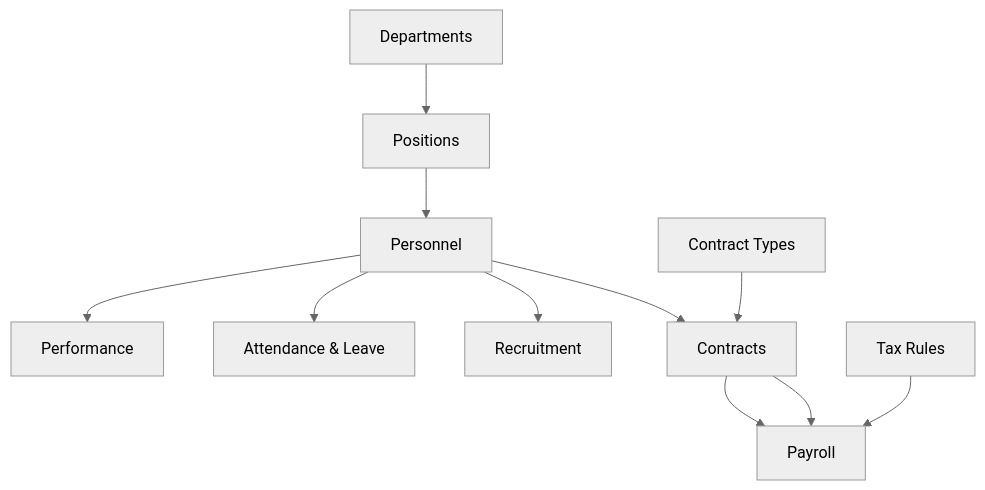
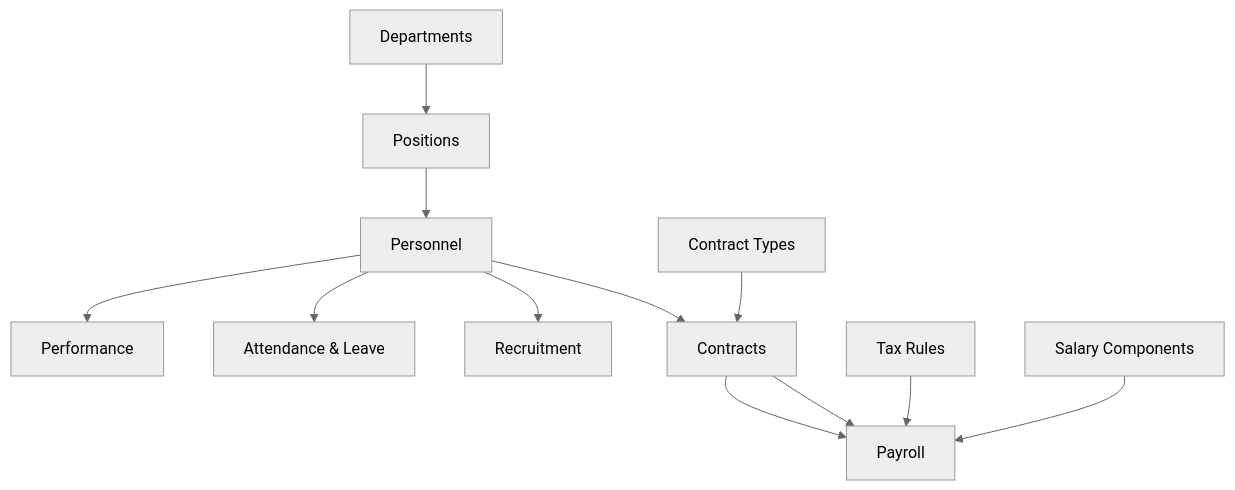
The fourth of 4 diagrams in .qoder/repowiki/en/content/Database Schema Design/Human Resources Schema/Human Resources Schema.md (franckylab/eLISAschool), drawn with Mermaid (neutral theme) before and after one commit. The commit also changed other lines of this file and 102 other files, not shown here.

````diff
--- a/.qoder/repowiki/en/content/Database Schema Design/Human Resources Schema/Human Resources Schema.md
+++ b/.qoder/repowiki/en/content/Database Schema Design/Human Resources Schema/Human Resources Schema.md
@@ -386,13 +401,14 @@
 ```mermaid
 graph TB
 Personnel["Personnel"] --> Contracts["Contracts"]
 Contracts --> Payroll["Payroll"]
 Personnel --> Recruitment["Recruitment"]
 Personnel --> Attendance["Attendance & Leave"]
 Personnel --> Performance["Performance"]
 Departments["Departments"] --> Positions["Positions"]
 Positions --> Personnel
 Contracts --> Payroll
 TaxRules["Tax Rules"] --> Payroll
 ContractTypes["Contract Types"] --> Contracts
+SalaryComponents["Salary Components"] --> Payroll
 ```
````
